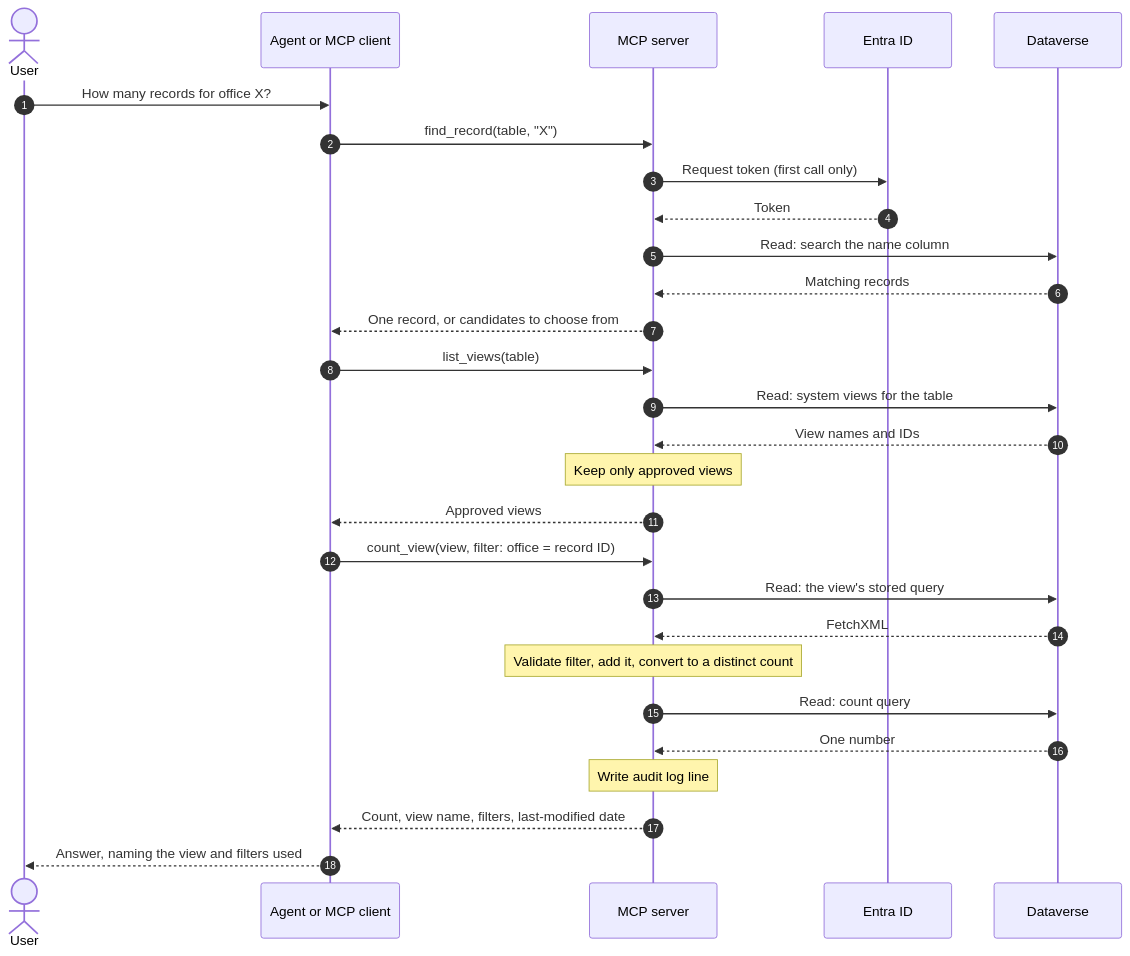
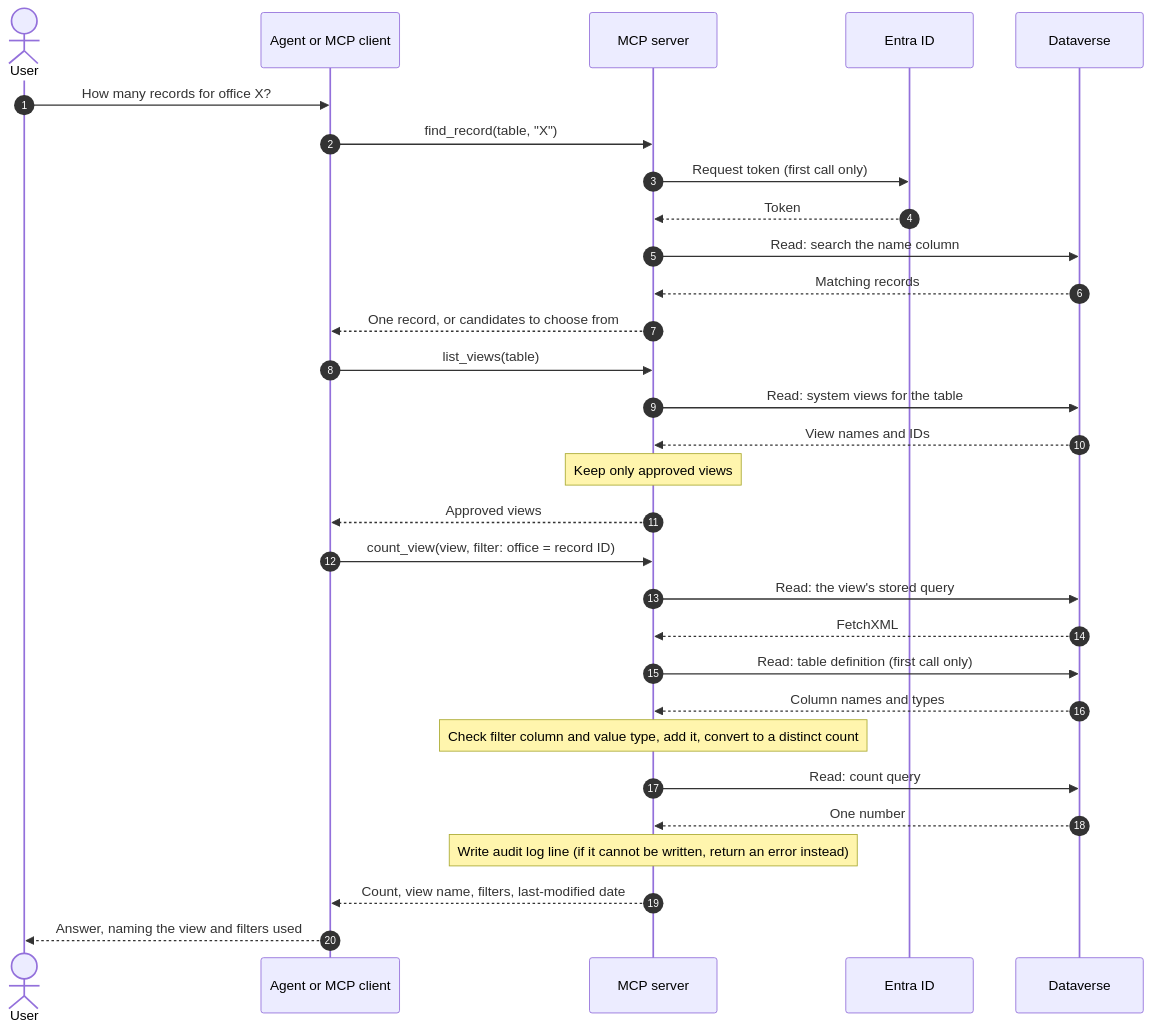
One commit to andypnguyen11-gif/dataverse-views-mcp changed the second of 3 diagrams in docs/Architecture.md. Above: the diagram before and after it, drawn with Mermaid. The commit also changed other lines of this file and 5 other files, not shown here.

````diff
--- a/docs/Architecture.md
+++ b/docs/Architecture.md
@@ -65,31 +72,33 @@
 ```mermaid
 sequenceDiagram
   autonumber
   actor U as User
   participant A as Agent or MCP client
   participant S as MCP server
   participant E as Entra ID
   participant D as Dataverse
 
   U->>A: How many records for office X?
   A->>S: find_record(table, "X")
   S->>E: Request token (first call only)
   E-->>S: Token
   S->>D: Read: search the name column
   D-->>S: Matching records
   S-->>A: One record, or candidates to choose from
   A->>S: list_views(table)
   S->>D: Read: system views for the table
   D-->>S: View names and IDs
   Note over S: Keep only approved views
   S-->>A: Approved views
   A->>S: count_view(view, filter: office = record ID)
   S->>D: Read: the view's stored query
   D-->>S: FetchXML
-  Note over S: Validate filter, add it, convert to a distinct count
+  S->>D: Read: table definition (first call only)
+  D-->>S: Column names and types
+  Note over S: Check filter column and value type, add it, convert to a distinct count
   S->>D: Read: count query
   D-->>S: One number
-  Note over S: Write audit log line
+  Note over S: Write audit log line (if it cannot be written, return an error instead)
   S-->>A: Count, view name, filters, last-modified date
   A-->>U: Answer, naming the view and filters used
 ```
````
